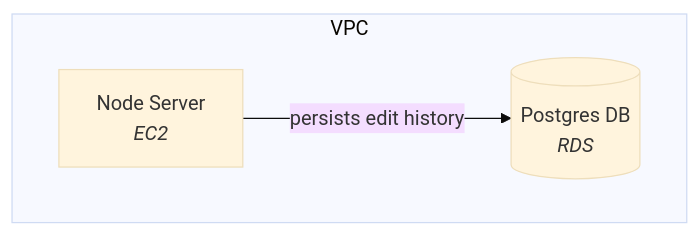
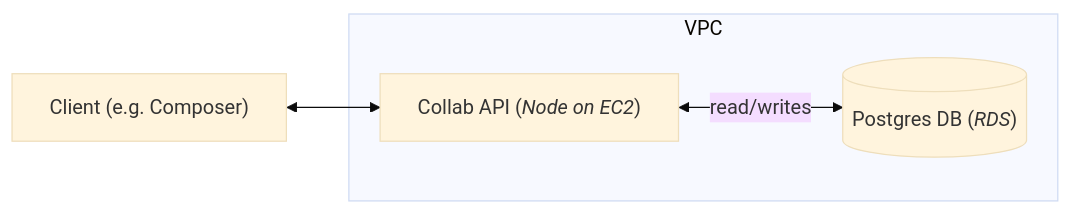
The diagram in README.md (guardian/editorial-collaboration), drawn with Mermaid (base theme) before and after one commit. The commit also changed other lines of this file, not shown here.

````diff
--- a/README.md
+++ b/README.md
@@ -37,8 +44,10 @@
 ```mermaid
-flowchart
-    N["Node Server \n <i>EC2</i>"]
-    P[("Postgres DB \n <i>RDS</i>")]
-    subgraph VPC
-        N --persists edit history--> P
-    end
+flowchart LR
+    C["Client (e.g. Composer)"]
+N["Collab API (<i>Node on EC2</i>)"]
+P[("Postgres DB (<i>RDS</i>)")]
+C<-->N
+subgraph VPC
+N <--read/writes--> P
+end
 ```
````
